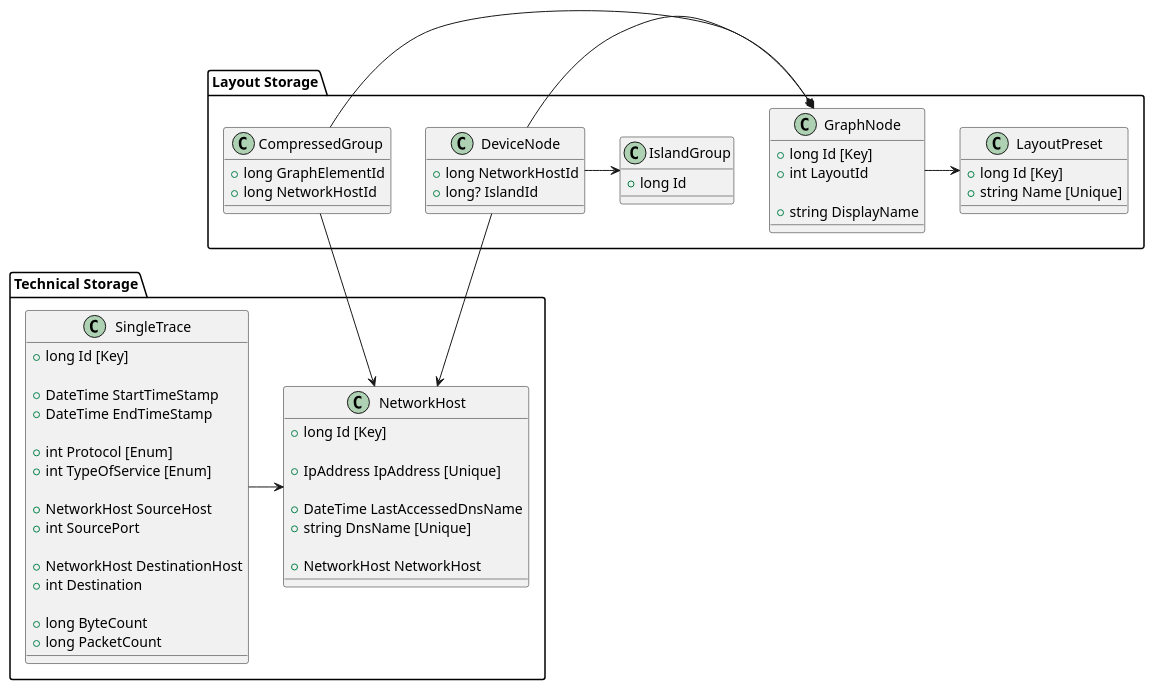
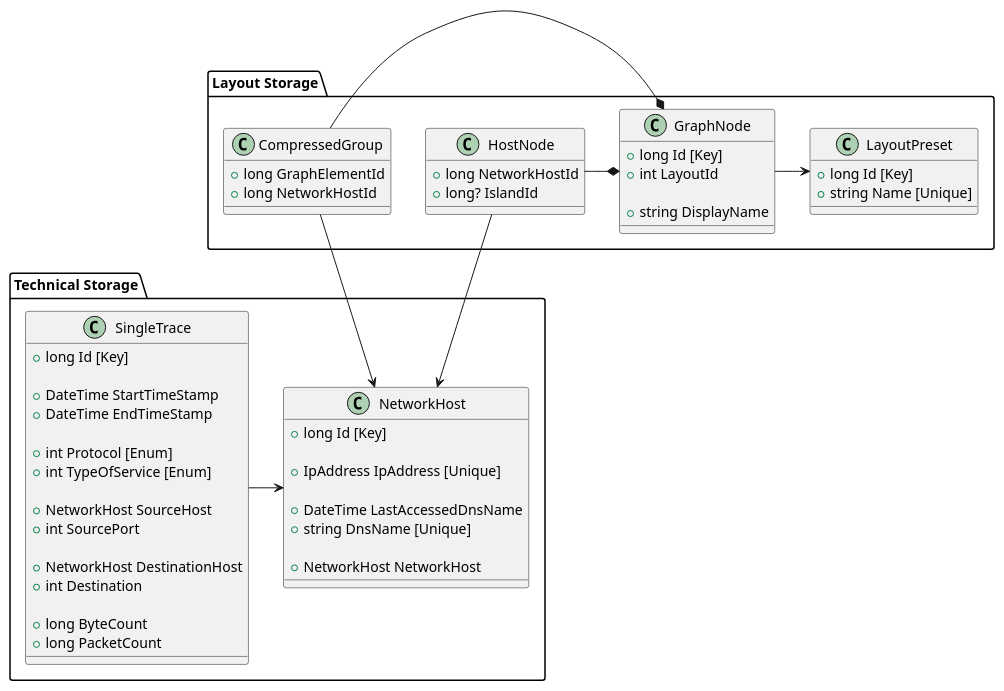
Before and after one commit to TELBC/Netanol: the diagram in TAPAS/UML.puml, drawn with PlantUML. The commit also changed 11 other files, not shown here.

```diff
--- a/TAPAS/UML.puml
+++ b/TAPAS/UML.puml
@@ -1,70 +1,65 @@
 @startuml
 
 package "Technical Storage" {
     class SingleTrace {
         + long Id [Key]
     
         + DateTime StartTimeStamp
         + DateTime EndTimeStamp
         
         + int Protocol [Enum]
         + int TypeOfService [Enum]
     
         + NetworkHost SourceHost
         + int SourcePort
         
         + NetworkHost DestinationHost
         + int Destination
         
         + long ByteCount
         + long PacketCount
     }
     SingleTrace-> NetworkHost
     
     class NetworkHost {
         + long Id [Key]
     
         + IpAddress IpAddress [Unique]
         
         + DateTime LastAccessedDnsName
         + string DnsName [Unique]
         
         + NetworkHost NetworkHost
     }
 }
 
 package "Layout Storage" {
     class LayoutPreset {
         + long Id [Key]
         + string Name [Unique]
     }
 
     class GraphNode {
         + long Id [Key]
         + int LayoutId
         
         + string DisplayName
     }
     GraphNode -> LayoutPreset
     
-    class DeviceNode {
+    class HostNode {
         + long NetworkHostId
         + long? IslandId
     }
-    DeviceNode -* GraphNode
-    DeviceNode --> NetworkHost
-    DeviceNode -> IslandGroup
+    HostNode -* GraphNode
+    HostNode --> NetworkHost
     
     class CompressedGroup {
         + long GraphElementId
         + long NetworkHostId
     }
-    CompressedGroup -> GraphNode
+    CompressedGroup -* GraphNode
     CompressedGroup -> NetworkHost
-    
-    class IslandGroup {
-        + long Id
-    }
 }
 
 @enduml
```
